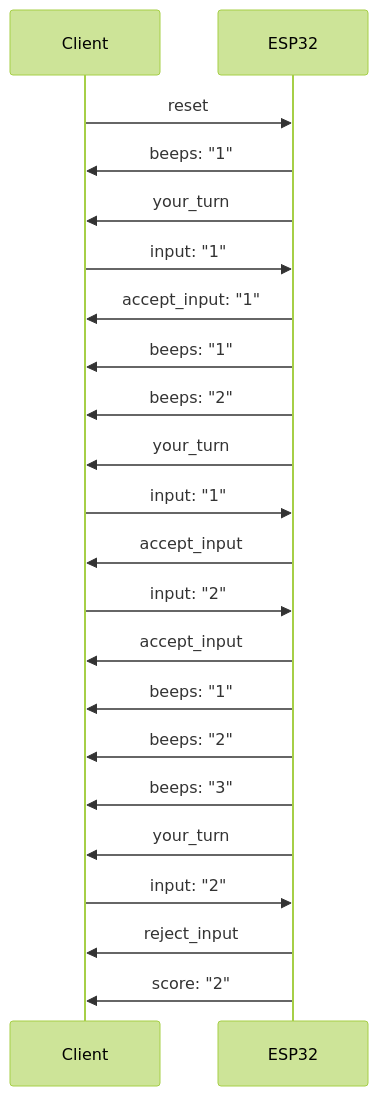
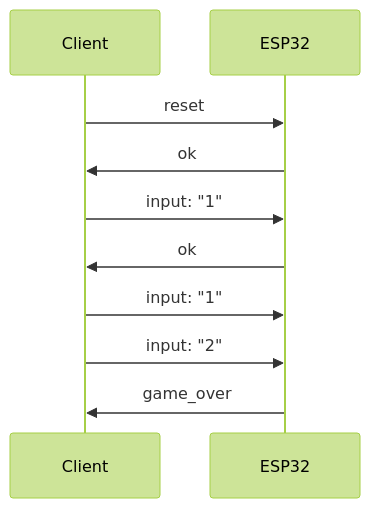
One commit to rhian-cs/puc-2023-2-iot-final-project changed the diagram in frontend/README.md. Above: the diagram before and after it, drawn with Mermaid (forest theme).

Commit message:
🐎: Simplify communications

````diff
--- a/frontend/README.md
+++ b/frontend/README.md
@@ -32,28 +32,13 @@
 ```mermaid
 sequenceDiagram
 Client->>ESP32: reset
-
-ESP32->>Client: beeps: "1"
-ESP32->>Client: your_turn
+ESP32->>Client: ok
 
 Client->>ESP32: input: "1"
-ESP32->>Client: accept_input: "1"
-
-ESP32->>Client: beeps: "1"
-ESP32->>Client: beeps: "2"
-ESP32->>Client: your_turn
+ESP32->>Client: ok
 
 Client->>ESP32: input: "1"
-ESP32->>Client: accept_input
 Client->>ESP32: input: "2"
-ESP32->>Client: accept_input
 
-ESP32->>Client: beeps: "1"
-ESP32->>Client: beeps: "2"
-ESP32->>Client: beeps: "3"
-ESP32->>Client: your_turn
-
-Client->>ESP32: input: "2"
-ESP32->>Client: reject_input
-ESP32->>Client: score: "2"
+ESP32->>Client: game_over
 ```
````
